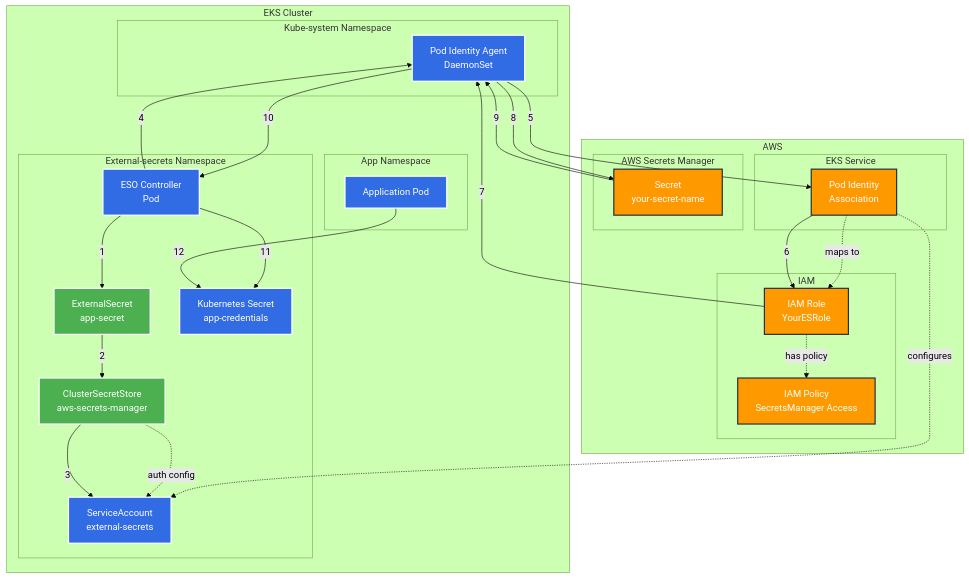
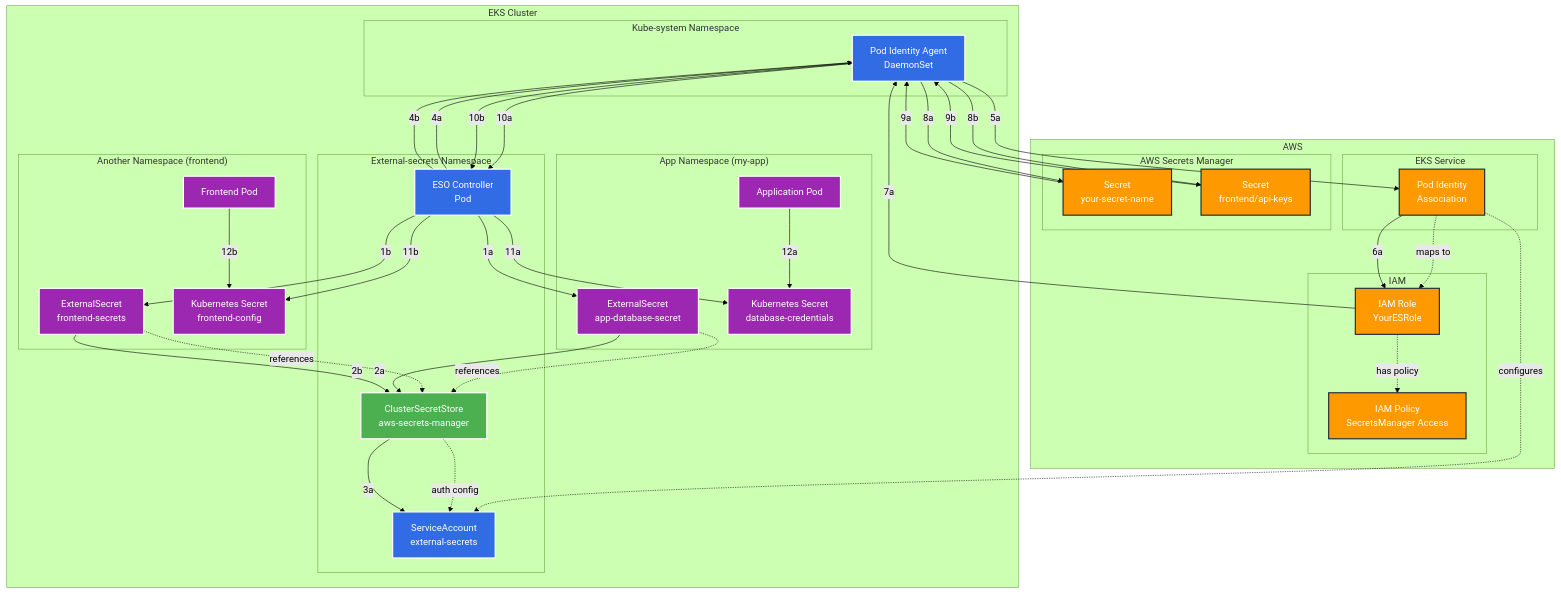
The diagram in eso_with_eks_pod_identity.md (dharani-sowndharya/architecture-learnings), drawn with Mermaid (forest theme) before and after one commit. The commit also changed other lines of this file, not shown here.

Commit message:
Adds content for accessing from app

````diff
--- a/eso_with_eks_pod_identity.md
+++ b/eso_with_eks_pod_identity.md
@@ -19,12 +19,18 @@
             SA[ServiceAccount<br/>external-secrets]
             ESO[ESO Controller<br/>Pod]
             CSS[ClusterSecretStore<br/>aws-secrets-manager]
-            ES[ExternalSecret<br/>app-secret]
-            K8sSecret[Kubernetes Secret<br/>app-credentials]
         end
         
-        subgraph "App Namespace"
-            AppPod[Application Pod]
+        subgraph "App Namespace (my-app)"
+            ES1[ExternalSecret<br/>app-database-secret]
+            K8sSecret1[Kubernetes Secret<br/>database-credentials]
+            AppPod1[Application Pod]
+        end
+        
+        subgraph "Another Namespace (frontend)"
+            ES2[ExternalSecret<br/>frontend-secrets]
+            K8sSecret2[Kubernetes Secret<br/>frontend-config]
+            AppPod2[Frontend Pod]
         end
     end
     
@@ -39,7 +45,8 @@
         end
         
         subgraph "AWS Secrets Manager"
-            SecretASM[Secret<br/>your-secret-name]
+            SecretASM1[Secret<br/>your-secret-name]
+            SecretASM2[Secret<br/>frontend/api-keys]
         end
     end
     
@@ -48,28 +55,41 @@
     PIAS -.->|maps to| IAMRole
     IAMRole -.->|has policy| IAMPolicy
     CSS -.->|auth config| SA
+    ES1 -.->|references| CSS
+    ES2 -.->|references| CSS
     
-    %% Numbered Flow Steps
-    ESO -->|1| ES
-    ES -->|2| CSS
-    CSS -->|3| SA
-    ESO -->|4| PIA
-    PIA -->|5| PIAS
-    PIAS -->|6| IAMRole
-    IAMRole -->|7| PIA
-    PIA -->|8| SecretASM
-    SecretASM -->|9| PIA
-    PIA -->|10| ESO
-    ESO -->|11| K8sSecret
-    AppPod -->|12| K8sSecret
+    %% Flow Steps for App Namespace
+    ESO -->|1a| ES1
+    ES1 -->|2a| CSS
+    CSS -->|3a| SA
+    ESO -->|4a| PIA
+    PIA -->|5a| PIAS
+    PIAS -->|6a| IAMRole
+    IAMRole -->|7a| PIA
+    PIA -->|8a| SecretASM1
+    SecretASM1 -->|9a| PIA
+    PIA -->|10a| ESO
+    ESO -->|11a| K8sSecret1
+    AppPod1 -->|12a| K8sSecret1
+    
+    %% Flow Steps for Frontend Namespace
+    ESO -->|1b| ES2
+    ES2 -->|2b| CSS
+    ESO -->|4b| PIA
+    PIA -->|8b| SecretASM2
+    SecretASM2 -->|9b| PIA
+    PIA -->|10b| ESO
+    ESO -->|11b| K8sSecret2
+    AppPod2 -->|12b| K8sSecret2
     
     %% Styling
     classDef awsService fill:#FF9900,stroke:#232F3E,stroke-width:2px,color:#FFFFFF
     classDef k8sResource fill:#326CE5,stroke:#FFFFFF,stroke-width:2px,color:#FFFFFF
     classDef secretStore fill:#4CAF50,stroke:#FFFFFF,stroke-width:2px,color:#FFFFFF
-    classDef dataFlow fill:#FFC107,stroke:#FF6F00,stroke-width:2px,color:#000000
+    classDef appNamespace fill:#9C27B0,stroke:#FFFFFF,stroke-width:2px,color:#FFFFFF
     
-    class PIAS,IAMRole,IAMPolicy,SecretASM awsService
-    class SA,ESO,CSS,ES,K8sSecret,AppPod,PIA k8sResource
-    class CSS,ES secretStore
+    class PIAS,IAMRole,IAMPolicy,SecretASM1,SecretASM2 awsService
+    class SA,ESO,PIA k8sResource
+    class CSS secretStore
+    class ES1,K8sSecret1,AppPod1,ES2,K8sSecret2,AppPod2 appNamespace
 ```
````
